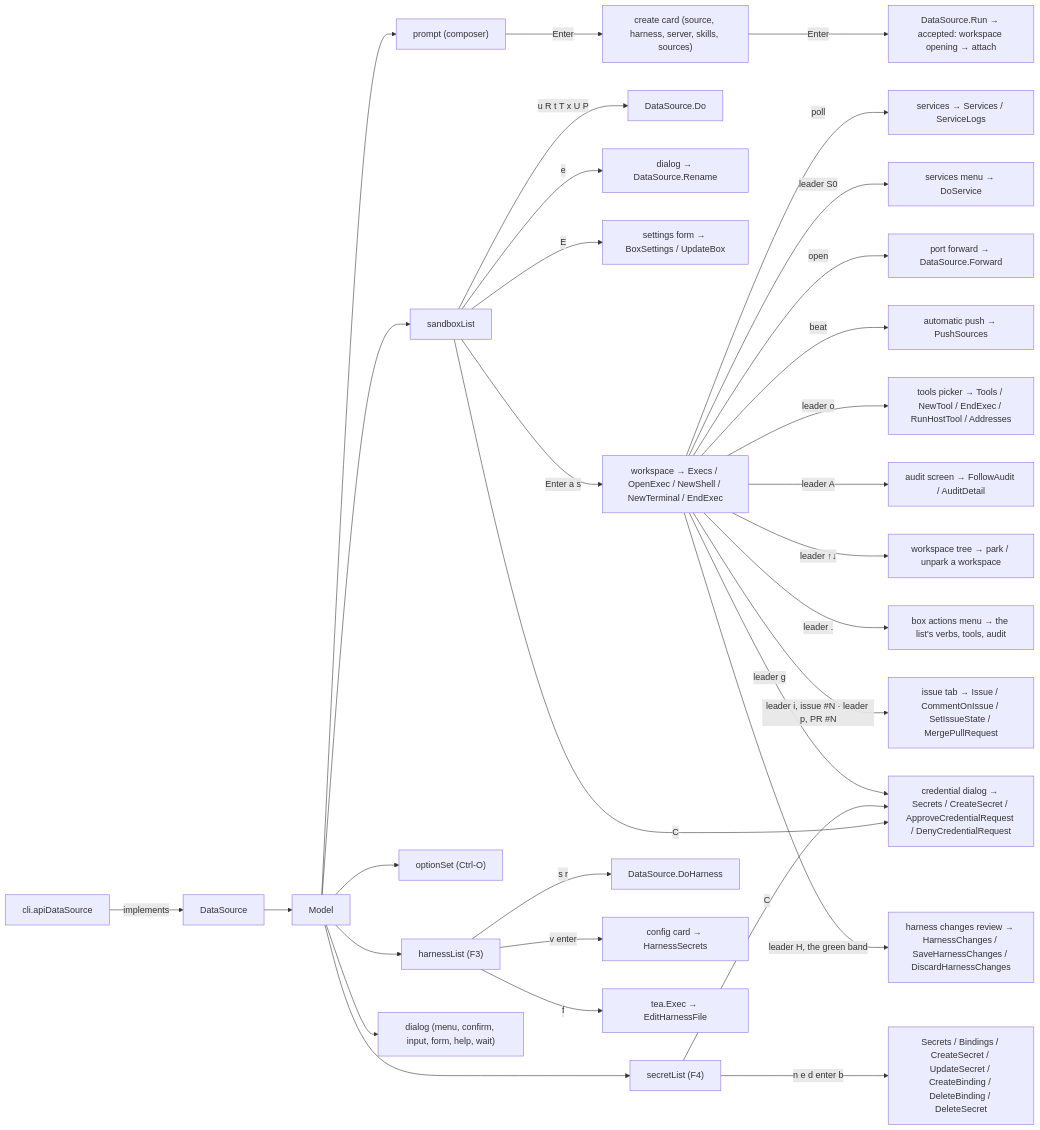
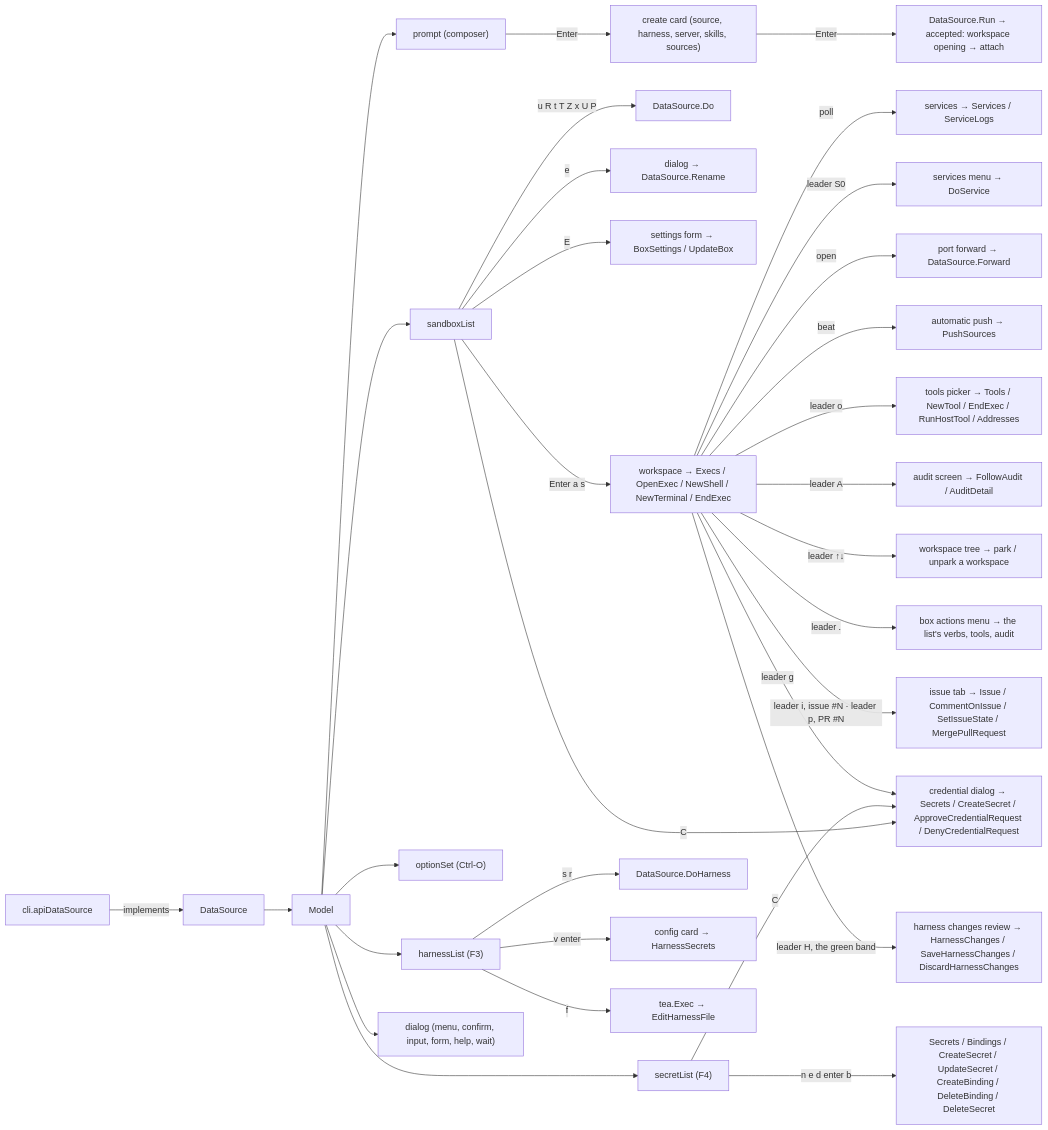
One commit to discobox-ai/discobox changed the first of 4 diagrams in cli/internal/tui/DESIGN.md. Above: the diagram before and after it, drawn with Mermaid. The commit also changed other lines of this file and 25 other files, not shown here.

````diff
--- a/cli/internal/tui/DESIGN.md
+++ b/cli/internal/tui/DESIGN.md
@@ -14,34 +14,34 @@
 ```mermaid
 flowchart LR
     CLI["cli.apiDataSource"] -->|implements| DS["DataSource"]
     DS --> M["Model"]
     M --> P["prompt (composer)"]
     M --> L["sandboxList"]
     M --> O["optionSet (Ctrl-O)"]
     M --> A["harnessList (F3)"]
     M --> D["dialog (menu, confirm, input, form, help, wait)"]
     P -->|Enter| Card["create card (source, harness, server, skills, sources)"]
     Card -->|Enter| Run["DataSource.Run → accepted: workspace opening → attach"]
-    L -->|u R t T x U P| Verb["DataSource.Do"]
+    L -->|u R t T Z x U P| Verb["DataSource.Do"]
     L -->|e| Rename["dialog → DataSource.Rename"]
     L -->|E| Settings["settings form → BoxSettings / UpdateBox"]
     L -->|Enter a s| WS["workspace → Execs / OpenExec / NewShell / NewTerminal / EndExec"]
     WS -->|poll| Svc["services → Services / ServiceLogs"]
     WS -->|leader S0| SvcMenu["services menu → DoService"]
     WS -->|open| Fwd["port forward → DataSource.Forward"]
     WS -->|beat| Push["automatic push → PushSources"]
     L -->|C| Cred["credential dialog → Secrets / CreateSecret / ApproveCredentialRequest / DenyCredentialRequest"]
     M --> S["secretList (F4)"]
     S -->|n e d enter b| SVerb["Secrets / Bindings / CreateSecret / UpdateSecret / CreateBinding / DeleteBinding / DeleteSecret"]
     S -->|C| Cred
     WS -->|leader g| Cred
     WS -->|leader o| T["tools picker → Tools / NewTool / EndExec / RunHostTool / Addresses"]
     WS -->|leader A| Aud["audit screen → FollowAudit / AuditDetail"]
     WS -->|leader ↑↓| Tree["workspace tree → park / unpark a workspace"]
     WS -->|leader .| Menu["box actions menu → the list's verbs, tools, audit"]
     WS -->|leader i, issue #N · leader p, PR #N| Iss["issue tab → Issue / CommentOnIssue / SetIssueState / MergePullRequest"]
     A -->|s r| AVerb["DataSource.DoHarness"]
     A -->|v enter| ACard["config card → HarnessSecrets"]
     A -->|f| AExec["tea.Exec → EditHarnessFile"]
     WS -->|leader H, the green band| HC["harness changes review → HarnessChanges / SaveHarnessChanges / DiscardHarnessChanges"]
 ```
````
